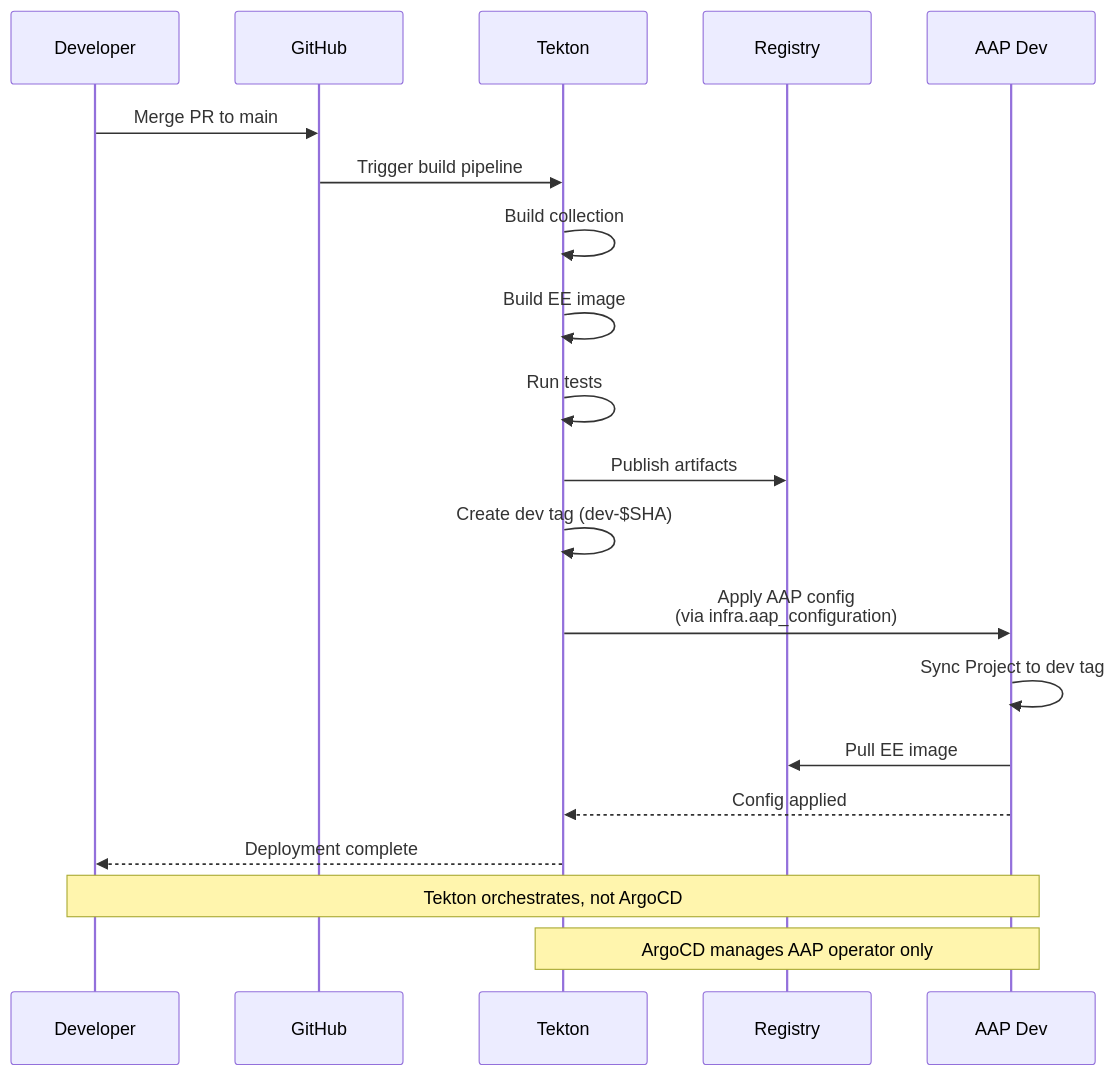
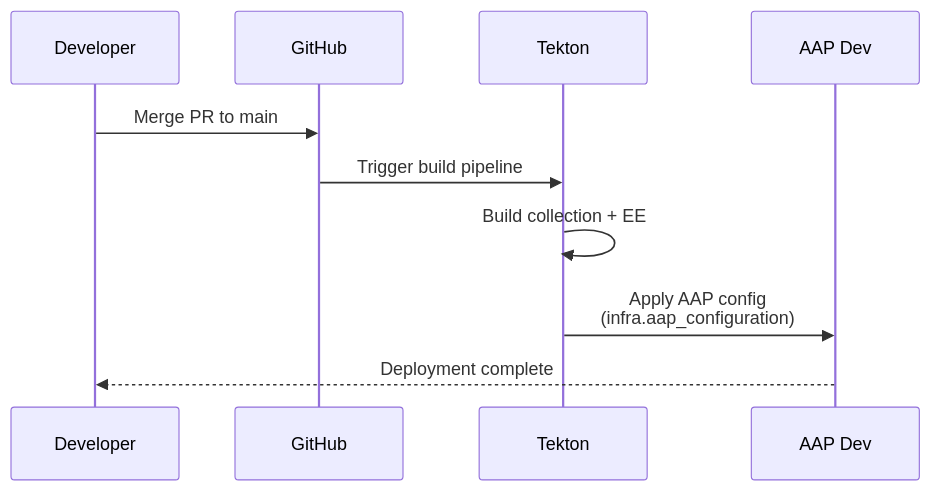
The third of 6 diagrams in docs/diagrams/PROMOTION-FLOW.md (djdanielsson/rh1-docs), drawn with Mermaid before and after one commit. The commit also changed other lines of this file and 20 other files, not shown here.

````diff
--- a/docs/diagrams/PROMOTION-FLOW.md
+++ b/docs/diagrams/PROMOTION-FLOW.md
@@ -252,26 +87,13 @@
 ```mermaid
 sequenceDiagram
     participant Dev as Developer
     participant GH as GitHub
     participant Tek as Tekton
-    participant Reg as Registry
     participant AAP_D as AAP Dev
 
     Dev->>GH: Merge PR to main
     GH->>Tek: Trigger build pipeline
-
-    Tek->>Tek: Build collection
-    Tek->>Tek: Build EE image
-    Tek->>Tek: Run tests
-    Tek->>Reg: Publish artifacts
-    Tek->>Tek: Create dev tag (dev-$SHA)
-
-    Tek->>AAP_D: Apply AAP config<br/>(via infra.aap_configuration)
-    AAP_D->>AAP_D: Sync Project to dev tag
-    AAP_D->>Reg: Pull EE image
-    AAP_D-->>Tek: Config applied
-    Tek-->>Dev: Deployment complete
-
-    Note over Dev,AAP_D: Tekton orchestrates, not ArgoCD
-    Note over Tek,AAP_D: ArgoCD manages AAP operator only
+    Tek->>Tek: Build collection + EE
+    Tek->>AAP_D: Apply AAP config<br/>(infra.aap_configuration)
+    AAP_D-->>Dev: Deployment complete
 ```
````
